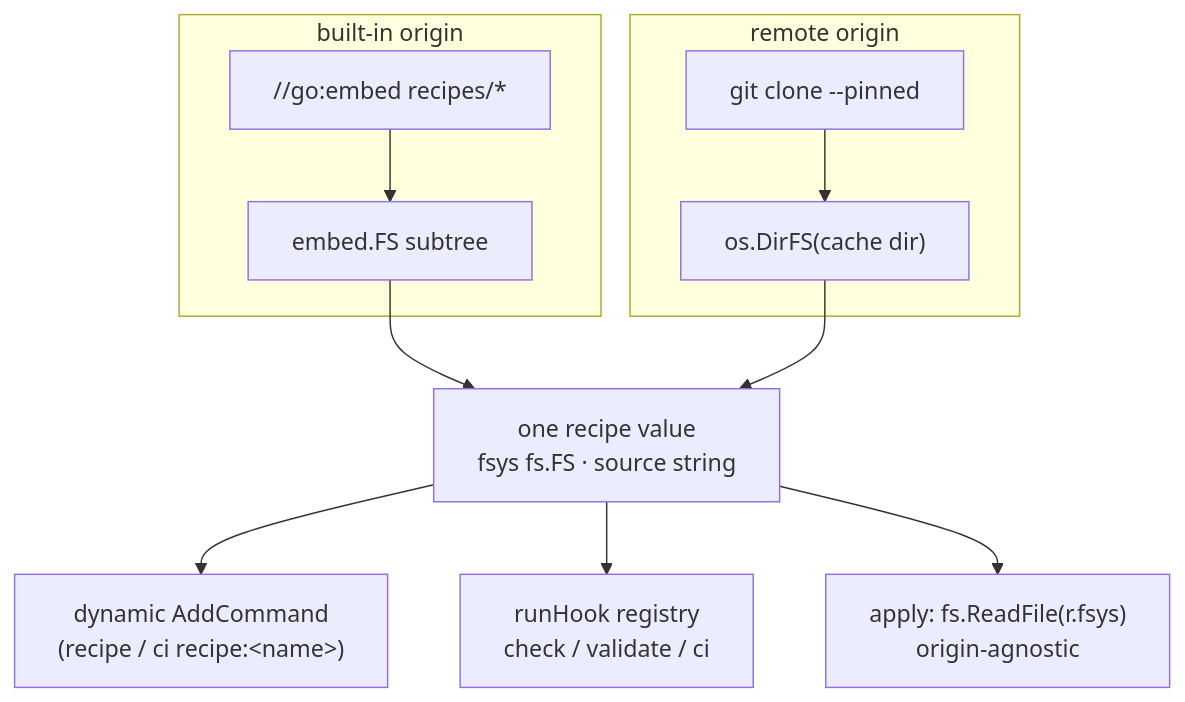
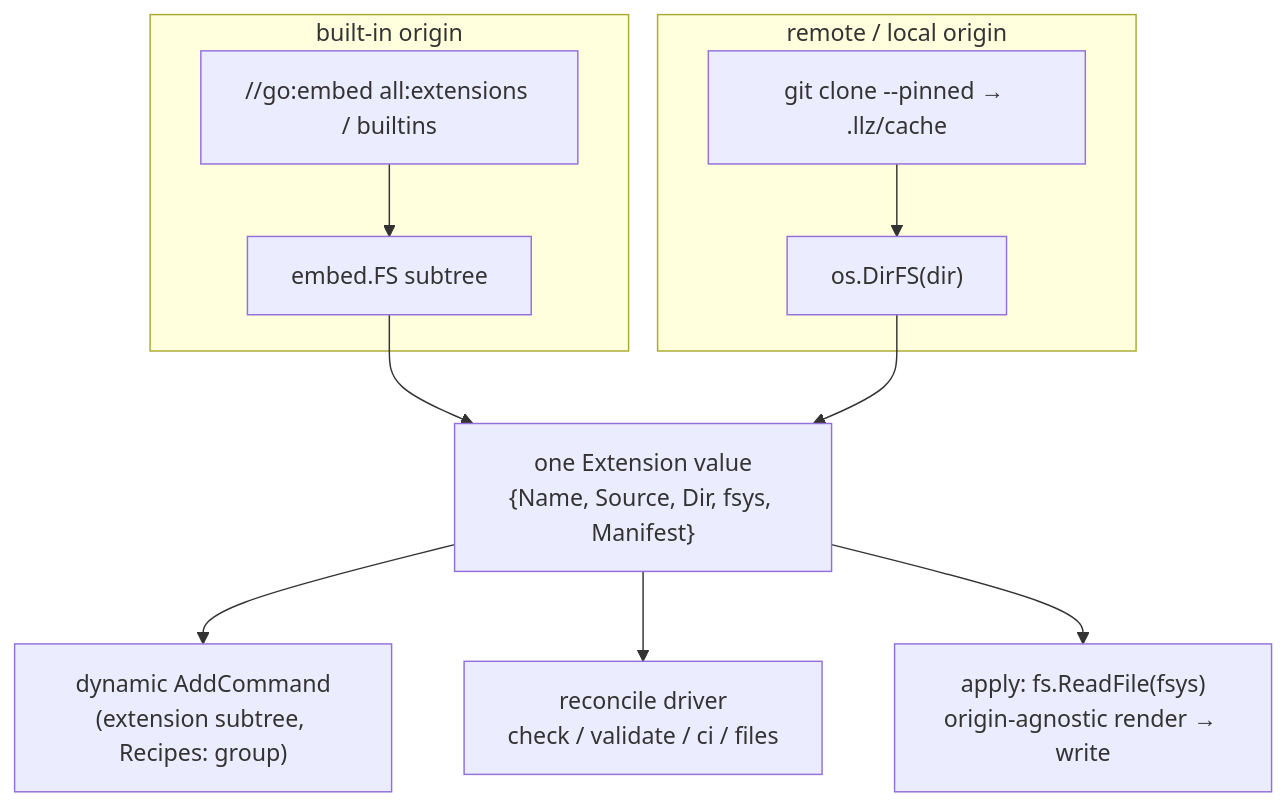
One commit to akamai-consulting/lke-landing-zone changed the seventh of 14 diagrams in docs/architecture/recipes.md. Above: the diagram before and after it, drawn with Mermaid. The commit also changed other lines of this file and 21 other files, not shown here.

First line of the commit message:
feat(llz): explicit stage: universal for cross-cutting extensions (schema v3)

````diff
--- a/docs/architecture/recipes.md
+++ b/docs/architecture/recipes.md
@@ -445,14 +465,14 @@
 ```mermaid
 flowchart TB
   subgraph builtin["built-in origin"]
-    emb["//go:embed recipes/*"] --> efs["embed.FS subtree"]
+    emb["//go:embed all:extensions / builtins"] --> efs["embed.FS subtree"]
   end
-  subgraph remote["remote origin"]
-    clone["git clone --pinned"] --> dfs["os.DirFS(cache dir)"]
+  subgraph remote["remote / local origin"]
+    clone["git clone --pinned → .llz/cache"] --> dfs["os.DirFS(dir)"]
   end
-  efs --> R["one recipe value<br/>fsys fs.FS · source string"]
+  efs --> R["one Extension value<br/>{Name, Source, Dir, fsys, Manifest}"]
   dfs --> R
-  R --> reg["dynamic AddCommand<br/>(recipe / ci recipe:&lt;name&gt;)"]
-  R --> hooks["runHook registry<br/>check / validate / ci"]
-  R --> apply["apply: fs.ReadFile(r.fsys)<br/>origin-agnostic"]
+  R --> reg["dynamic AddCommand<br/>(extension subtree, Recipes: group)"]
+  R --> hooks["reconcile driver<br/>check / validate / ci / files"]
+  R --> apply["apply: fs.ReadFile(fsys)<br/>origin-agnostic render → write"]
 ```
````
